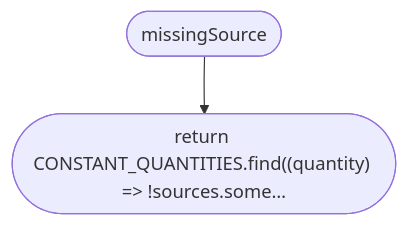
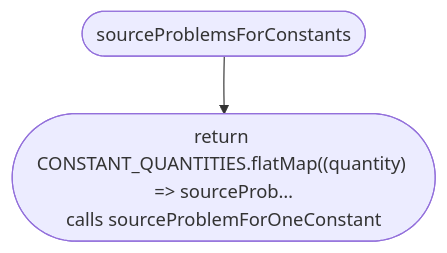
The third of 5 diagrams in docs/flows/src/place/place.md (NewDara-Star/world-engine), drawn with Mermaid before and after one commit. The commit also changed other lines of this file and 18 other files, not shown here.

````diff
--- a/docs/flows/src/place/place.md
+++ b/docs/flows/src/place/place.md
@@ -16,6 +35,6 @@
 ```mermaid
 flowchart TD
-  n1(["missingSource"])
-  n2(["return CONSTANT_QUANTITIES.find((quantity) =#gt; !sources.some…"])
+  n1(["sourceProblemsForConstants"])
+  n2(["return CONSTANT_QUANTITIES.flatMap((quantity) =#gt; sourceProb…<br/>calls sourceProblemForOneConstant"])
   n1 --> n2
 ```
````
